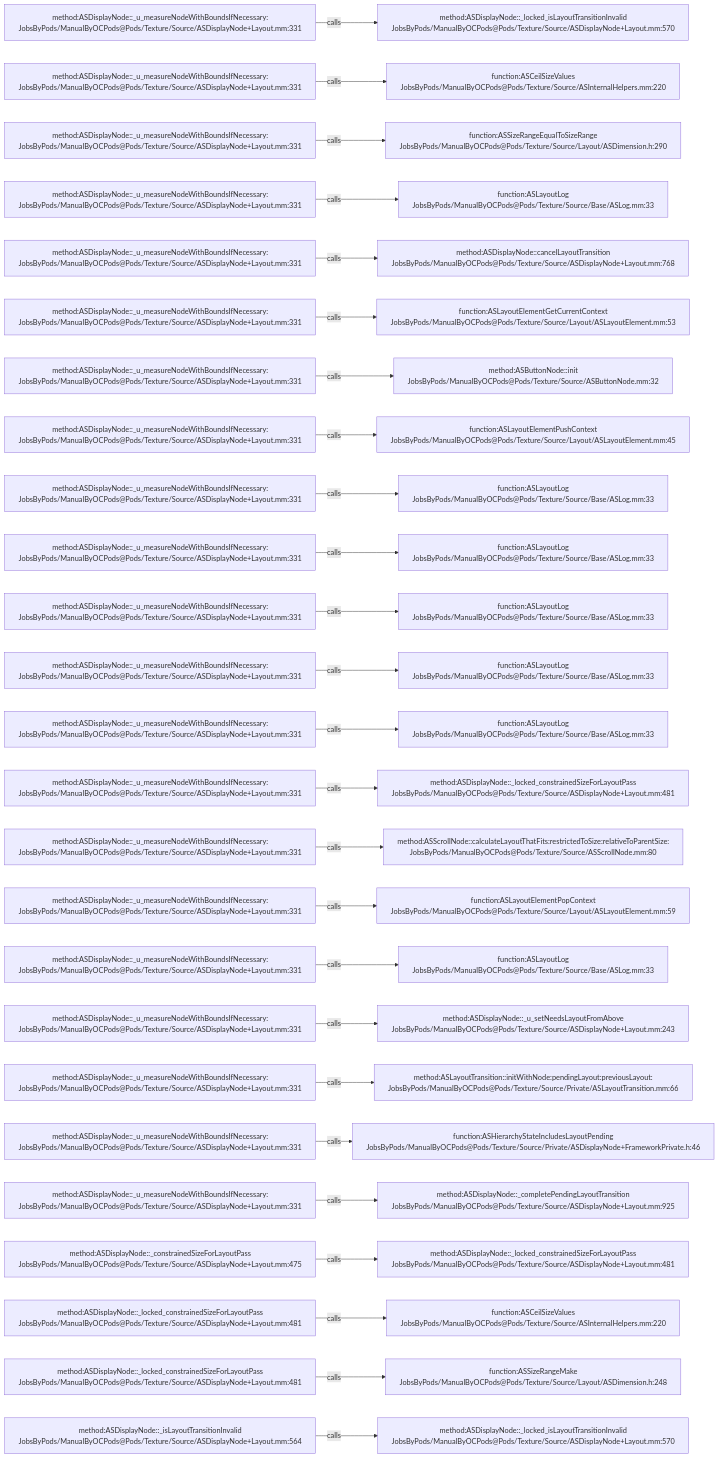
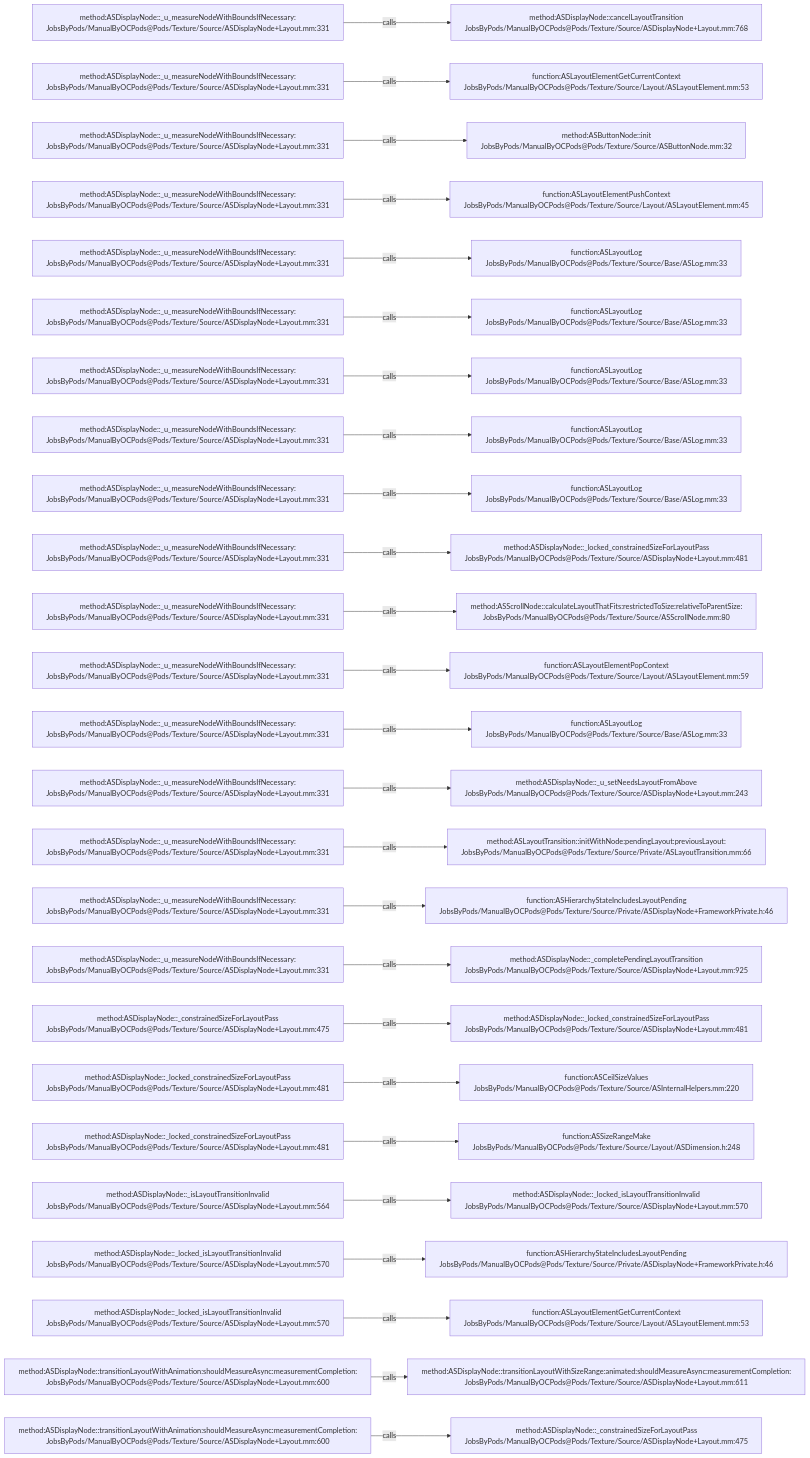
The diagram in .codegraph/codegraph.md/graphs/calls-089.md (JobsKits/JobsOCBaseConfigDemo), drawn with Mermaid before and after one commit. The commit also changed 727 other files, not shown here.

````diff
--- a/.codegraph/codegraph.md/graphs/calls-089.md
+++ b/.codegraph/codegraph.md/graphs/calls-089.md
@@ -13,78 +13,78 @@
 ```mermaid
 flowchart LR
   S1["method:ASDisplayNode::_u_measureNodeWithBoundsIfNecessary:<br/>JobsByPods/ManualByOCPods@Pods/Texture/Source/ASDisplayNode+Layout.mm:331"]
-  T1["method:ASDisplayNode::_locked_isLayoutTransitionInvalid<br/>JobsByPods/ManualByOCPods@Pods/Texture/Source/ASDisplayNode+Layout.mm:570"]
+  T1["method:ASDisplayNode::cancelLayoutTransition<br/>JobsByPods/ManualByOCPods@Pods/Texture/Source/ASDisplayNode+Layout.mm:768"]
   S1 -->|calls| T1
   S2["method:ASDisplayNode::_u_measureNodeWithBoundsIfNecessary:<br/>JobsByPods/ManualByOCPods@Pods/Texture/Source/ASDisplayNode+Layout.mm:331"]
-  T2["function:ASCeilSizeValues<br/>JobsByPods/ManualByOCPods@Pods/Texture/Source/ASInternalHelpers.mm:220"]
+  T2["function:ASLayoutElementGetCurrentContext<br/>JobsByPods/ManualByOCPods@Pods/Texture/Source/Layout/ASLayoutElement.mm:53"]
   S2 -->|calls| T2
   S3["method:ASDisplayNode::_u_measureNodeWithBoundsIfNecessary:<br/>JobsByPods/ManualByOCPods@Pods/Texture/Source/ASDisplayNode+Layout.mm:331"]
-  T3["function:ASSizeRangeEqualToSizeRange<br/>JobsByPods/ManualByOCPods@Pods/Texture/Source/Layout/ASDimension.h:290"]
+  T3["method:ASButtonNode::init<br/>JobsByPods/ManualByOCPods@Pods/Texture/Source/ASButtonNode.mm:32"]
   S3 -->|calls| T3
   S4["method:ASDisplayNode::_u_measureNodeWithBoundsIfNecessary:<br/>JobsByPods/ManualByOCPods@Pods/Texture/Source/ASDisplayNode+Layout.mm:331"]
-  T4["function:ASLayoutLog<br/>JobsByPods/ManualByOCPods@Pods/Texture/Source/Base/ASLog.mm:33"]
+  T4["function:ASLayoutElementPushContext<br/>JobsByPods/ManualByOCPods@Pods/Texture/Source/Layout/ASLayoutElement.mm:45"]
   S4 -->|calls| T4
   S5["method:ASDisplayNode::_u_measureNodeWithBoundsIfNecessary:<br/>JobsByPods/ManualByOCPods@Pods/Texture/Source/ASDisplayNode+Layout.mm:331"]
-  T5["method:ASDisplayNode::cancelLayoutTransition<br/>JobsByPods/ManualByOCPods@Pods/Texture/Source/ASDisplayNode+Layout.mm:768"]
+  T5["function:ASLayoutLog<br/>JobsByPods/ManualByOCPods@Pods/Texture/Source/Base/ASLog.mm:33"]
   S5 -->|calls| T5
   S6["method:ASDisplayNode::_u_measureNodeWithBoundsIfNecessary:<br/>JobsByPods/ManualByOCPods@Pods/Texture/Source/ASDisplayNode+Layout.mm:331"]
-  T6["function:ASLayoutElementGetCurrentContext<br/>JobsByPods/ManualByOCPods@Pods/Texture/Source/Layout/ASLayoutElement.mm:53"]
+  T6["function:ASLayoutLog<br/>JobsByPods/ManualByOCPods@Pods/Texture/Source/Base/ASLog.mm:33"]
   S6 -->|calls| T6
   S7["method:ASDisplayNode::_u_measureNodeWithBoundsIfNecessary:<br/>JobsByPods/ManualByOCPods@Pods/Texture/Source/ASDisplayNode+Layout.mm:331"]
-  T7["method:ASButtonNode::init<br/>JobsByPods/ManualByOCPods@Pods/Texture/Source/ASButtonNode.mm:32"]
+  T7["function:ASLayoutLog<br/>JobsByPods/ManualByOCPods@Pods/Texture/Source/Base/ASLog.mm:33"]
   S7 -->|calls| T7
   S8["method:ASDisplayNode::_u_measureNodeWithBoundsIfNecessary:<br/>JobsByPods/ManualByOCPods@Pods/Texture/Source/ASDisplayNode+Layout.mm:331"]
-  T8["function:ASLayoutElementPushContext<br/>JobsByPods/ManualByOCPods@Pods/Texture/Source/Layout/ASLayoutElement.mm:45"]
+  T8["function:ASLayoutLog<br/>JobsByPods/ManualByOCPods@Pods/Texture/Source/Base/ASLog.mm:33"]
   S8 -->|calls| T8
   S9["method:ASDisplayNode::_u_measureNodeWithBoundsIfNecessary:<br/>JobsByPods/ManualByOCPods@Pods/Texture/Source/ASDisplayNode+Layout.mm:331"]
   T9["function:ASLayoutLog<br/>JobsByPods/ManualByOCPods@Pods/Texture/Source/Base/ASLog.mm:33"]
   S9 -->|calls| T9
   S10["method:ASDisplayNode::_u_measureNodeWithBoundsIfNecessary:<br/>JobsByPods/ManualByOCPods@Pods/Texture/Source/ASDisplayNode+Layout.mm:331"]
-  T10["function:ASLayoutLog<br/>JobsByPods/ManualByOCPods@Pods/Texture/Source/Base/ASLog.mm:33"]
+  T10["method:ASDisplayNode::_locked_constrainedSizeForLayoutPass<br/>JobsByPods/ManualByOCPods@Pods/Texture/Source/ASDisplayNode+Layout.mm:481"]
   S10 -->|calls| T10
   S11["method:ASDisplayNode::_u_measureNodeWithBoundsIfNecessary:<br/>JobsByPods/ManualByOCPods@Pods/Texture/Source/ASDisplayNode+Layout.mm:331"]
-  T11["function:ASLayoutLog<br/>JobsByPods/ManualByOCPods@Pods/Texture/Source/Base/ASLog.mm:33"]
+  T11["method:ASScrollNode::calculateLayoutThatFits:restrictedToSize:relativeToParentSize:<br/>JobsByPods/ManualByOCPods@Pods/Texture/Source/ASScrollNode.mm:80"]
   S11 -->|calls| T11
   S12["method:ASDisplayNode::_u_measureNodeWithBoundsIfNecessary:<br/>JobsByPods/ManualByOCPods@Pods/Texture/Source/ASDisplayNode+Layout.mm:331"]
-  T12["function:ASLayoutLog<br/>JobsByPods/ManualByOCPods@Pods/Texture/Source/Base/ASLog.mm:33"]
+  T12["function:ASLayoutElementPopContext<br/>JobsByPods/ManualByOCPods@Pods/Texture/Source/Layout/ASLayoutElement.mm:59"]
   S12 -->|calls| T12
   S13["method:ASDisplayNode::_u_measureNodeWithBoundsIfNecessary:<br/>JobsByPods/ManualByOCPods@Pods/Texture/Source/ASDisplayNode+Layout.mm:331"]
   T13["function:ASLayoutLog<br/>JobsByPods/ManualByOCPods@Pods/Texture/Source/Base/ASLog.mm:33"]
   S13 -->|calls| T13
   S14["method:ASDisplayNode::_u_measureNodeWithBoundsIfNecessary:<br/>JobsByPods/ManualByOCPods@Pods/Texture/Source/ASDisplayNode+Layout.mm:331"]
-  T14["method:ASDisplayNode::_locked_constrainedSizeForLayoutPass<br/>JobsByPods/ManualByOCPods@Pods/Texture/Source/ASDisplayNode+Layout.mm:481"]
+  T14["method:ASDisplayNode::_u_setNeedsLayoutFromAbove<br/>JobsByPods/ManualByOCPods@Pods/Texture/Source/ASDisplayNode+Layout.mm:243"]
   S14 -->|calls| T14
   S15["method:ASDisplayNode::_u_measureNodeWithBoundsIfNecessary:<br/>JobsByPods/ManualByOCPods@Pods/Texture/Source/ASDisplayNode+Layout.mm:331"]
-  T15["method:ASScrollNode::calculateLayoutThatFits:restrictedToSize:relativeToParentSize:<br/>JobsByPods/ManualByOCPods@Pods/Texture/Source/ASScrollNode.mm:80"]
+  T15["method:ASLayoutTransition::initWithNode:pendingLayout:previousLayout:<br/>JobsByPods/ManualByOCPods@Pods/Texture/Source/Private/ASLayoutTransition.mm:66"]
   S15 -->|calls| T15
   S16["method:ASDisplayNode::_u_measureNodeWithBoundsIfNecessary:<br/>JobsByPods/ManualByOCPods@Pods/Texture/Source/ASDisplayNode+Layout.mm:331"]
-  T16["function:ASLayoutElementPopContext<br/>JobsByPods/ManualByOCPods@Pods/Texture/Source/Layout/ASLayoutElement.mm:59"]
+  T16["function:ASHierarchyStateIncludesLayoutPending<br/>JobsByPods/ManualByOCPods@Pods/Texture/Source/Private/ASDisplayNode+FrameworkPrivate.h:46"]
   S16 -->|calls| T16
   S17["method:ASDisplayNode::_u_measureNodeWithBoundsIfNecessary:<br/>JobsByPods/ManualByOCPods@Pods/Texture/Source/ASDisplayNode+Layout.mm:331"]
-  T17["function:ASLayoutLog<br/>JobsByPods/ManualByOCPods@Pods/Texture/Source/Base/ASLog.mm:33"]
+  T17["method:ASDisplayNode::_completePendingLayoutTransition<br/>JobsByPods/ManualByOCPods@Pods/Texture/Source/ASDisplayNode+Layout.mm:925"]
   S17 -->|calls| T17
-  S18["method:ASDisplayNode::_u_measureNodeWithBoundsIfNecessary:<br/>JobsByPods/ManualByOCPods@Pods/Texture/Source/ASDisplayNode+Layout.mm:331"]
-  T18["method:ASDisplayNode::_u_setNeedsLayoutFromAbove<br/>JobsByPods/ManualByOCPods@Pods/Texture/Source/ASDisplayNode+Layout.mm:243"]
+  S18["method:ASDisplayNode::_constrainedSizeForLayoutPass<br/>JobsByPods/ManualByOCPods@Pods/Texture/Source/ASDisplayNode+Layout.mm:475"]
+  T18["method:ASDisplayNode::_locked_constrainedSizeForLayoutPass<br/>JobsByPods/ManualByOCPods@Pods/Texture/Source/ASDisplayNode+Layout.mm:481"]
   S18 -->|calls| T18
-  S19["method:ASDisplayNode::_u_measureNodeWithBoundsIfNecessary:<br/>JobsByPods/ManualByOCPods@Pods/Texture/Source/ASDisplayNode+Layout.mm:331"]
-  T19["method:ASLayoutTransition::initWithNode:pendingLayout:previousLayout:<br/>JobsByPods/ManualByOCPods@Pods/Texture/Source/Private/ASLayoutTransition.mm:66"]
+  S19["method:ASDisplayNode::_locked_constrainedSizeForLayoutPass<br/>JobsByPods/ManualByOCPods@Pods/Texture/Source/ASDisplayNode+Layout.mm:481"]
+  T19["function:ASCeilSizeValues<br/>JobsByPods/ManualByOCPods@Pods/Texture/Source/ASInternalHelpers.mm:220"]
   S19 -->|calls| T19
-  S20["method:ASDisplayNode::_u_measureNodeWithBoundsIfNecessary:<br/>JobsByPods/ManualByOCPods@Pods/Texture/Source/ASDisplayNode+Layout.mm:331"]
-  T20["function:ASHierarchyStateIncludesLayoutPending<br/>JobsByPods/ManualByOCPods@Pods/Texture/Source/Private/ASDisplayNode+FrameworkPrivate.h:46"]
+  S20["method:ASDisplayNode::_locked_constrainedSizeForLayoutPass<br/>JobsByPods/ManualByOCPods@Pods/Texture/Source/ASDisplayNode+Layout.mm:481"]
+  T20["function:ASSizeRangeMake<br/>JobsByPods/ManualByOCPods@Pods/Texture/Source/Layout/ASDimension.h:248"]
   S20 -->|calls| T20
-  S21["method:ASDisplayNode::_u_measureNodeWithBoundsIfNecessary:<br/>JobsByPods/ManualByOCPods@Pods/Texture/Source/ASDisplayNode+Layout.mm:331"]
-  T21["method:ASDisplayNode::_completePendingLayoutTransition<br/>JobsByPods/ManualByOCPods@Pods/Texture/Source/ASDisplayNode+Layout.mm:925"]
+  S21["method:ASDisplayNode::_isLayoutTransitionInvalid<br/>JobsByPods/ManualByOCPods@Pods/Texture/Source/ASDisplayNode+Layout.mm:564"]
+  T21["method:ASDisplayNode::_locked_isLayoutTransitionInvalid<br/>JobsByPods/ManualByOCPods@Pods/Texture/Source/ASDisplayNode+Layout.mm:570"]
   S21 -->|calls| T21
-  S22["method:ASDisplayNode::_constrainedSizeForLayoutPass<br/>JobsByPods/ManualByOCPods@Pods/Texture/Source/ASDisplayNode+Layout.mm:475"]
-  T22["method:ASDisplayNode::_locked_constrainedSizeForLayoutPass<br/>JobsByPods/ManualByOCPods@Pods/Texture/Source/ASDisplayNode+Layout.mm:481"]
+  S22["method:ASDisplayNode::_locked_isLayoutTransitionInvalid<br/>JobsByPods/ManualByOCPods@Pods/Texture/Source/ASDisplayNode+Layout.mm:570"]
+  T22["function:ASHierarchyStateIncludesLayoutPending<br/>JobsByPods/ManualByOCPods@Pods/Texture/Source/Private/ASDisplayNode+FrameworkPrivate.h:46"]
   S22 -->|calls| T22
-  S23["method:ASDisplayNode::_locked_constrainedSizeForLayoutPass<br/>JobsByPods/ManualByOCPods@Pods/Texture/Source/ASDisplayNode+Layout.mm:481"]
-  T23["function:ASCeilSizeValues<br/>JobsByPods/ManualByOCPods@Pods/Texture/Source/ASInternalHelpers.mm:220"]
+  S23["method:ASDisplayNode::_locked_isLayoutTransitionInvalid<br/>JobsByPods/ManualByOCPods@Pods/Texture/Source/ASDisplayNode+Layout.mm:570"]
+  T23["function:ASLayoutElementGetCurrentContext<br/>JobsByPods/ManualByOCPods@Pods/Texture/Source/Layout/ASLayoutElement.mm:53"]
   S23 -->|calls| T23
-  S24["method:ASDisplayNode::_locked_constrainedSizeForLayoutPass<br/>JobsByPods/ManualByOCPods@Pods/Texture/Source/ASDisplayNode+Layout.mm:481"]
-  T24["function:ASSizeRangeMake<br/>JobsByPods/ManualByOCPods@Pods/Texture/Source/Layout/ASDimension.h:248"]
+  S24["method:ASDisplayNode::transitionLayoutWithAnimation:shouldMeasureAsync:measurementCompletion:<br/>JobsByPods/ManualByOCPods@Pods/Texture/Source/ASDisplayNode+Layout.mm:600"]
+  T24["method:ASDisplayNode::transitionLayoutWithSizeRange:animated:shouldMeasureAsync:measurementCompletion:<br/>JobsByPods/ManualByOCPods@Pods/Texture/Source/ASDisplayNode+Layout.mm:611"]
   S24 -->|calls| T24
-  S25["method:ASDisplayNode::_isLayoutTransitionInvalid<br/>JobsByPods/ManualByOCPods@Pods/Texture/Source/ASDisplayNode+Layout.mm:564"]
-  T25["method:ASDisplayNode::_locked_isLayoutTransitionInvalid<br/>JobsByPods/ManualByOCPods@Pods/Texture/Source/ASDisplayNode+Layout.mm:570"]
+  S25["method:ASDisplayNode::transitionLayoutWithAnimation:shouldMeasureAsync:measurementCompletion:<br/>JobsByPods/ManualByOCPods@Pods/Texture/Source/ASDisplayNode+Layout.mm:600"]
+  T25["method:ASDisplayNode::_constrainedSizeForLayoutPass<br/>JobsByPods/ManualByOCPods@Pods/Texture/Source/ASDisplayNode+Layout.mm:475"]
   S25 -->|calls| T25
 ```
````
